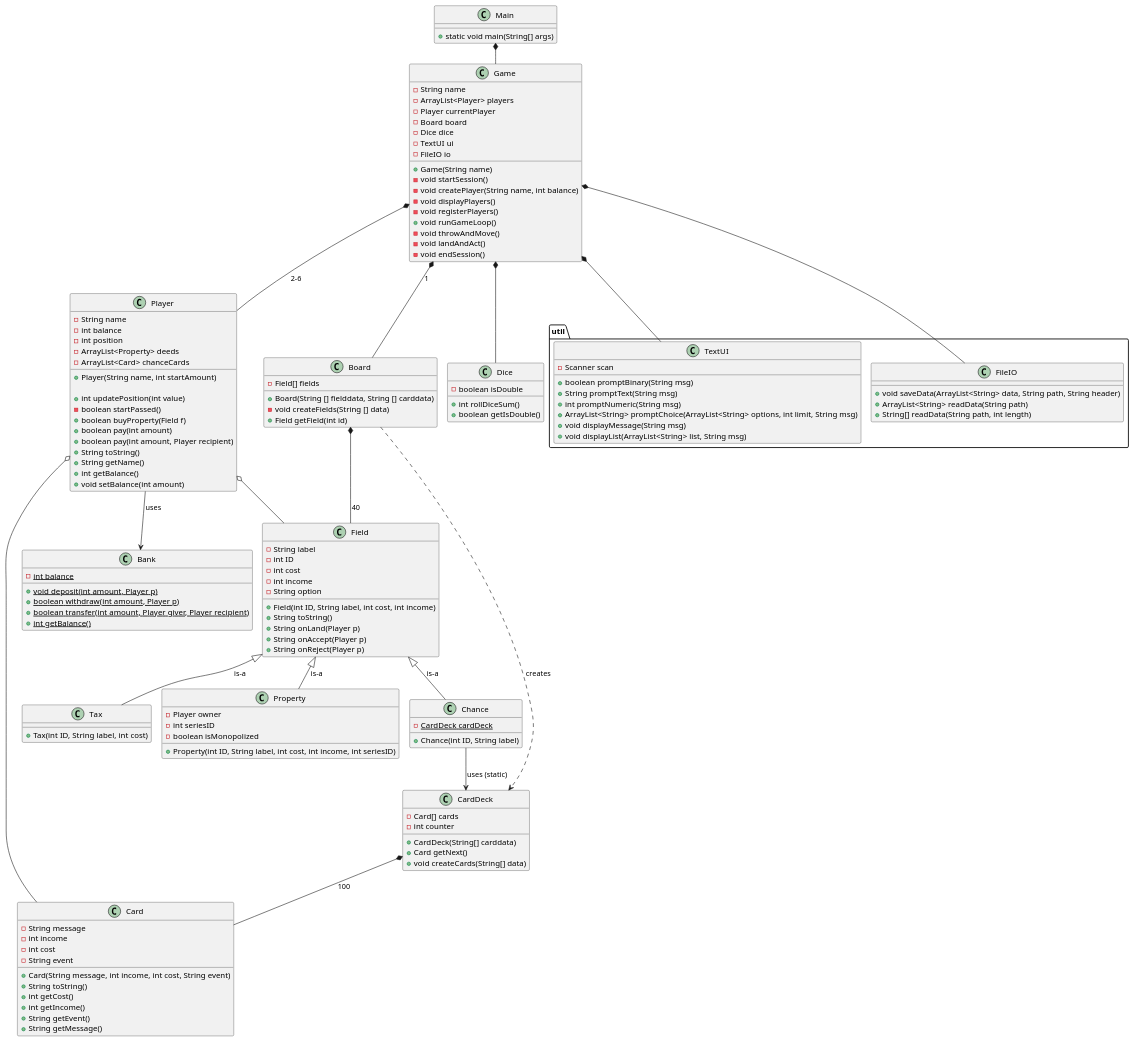
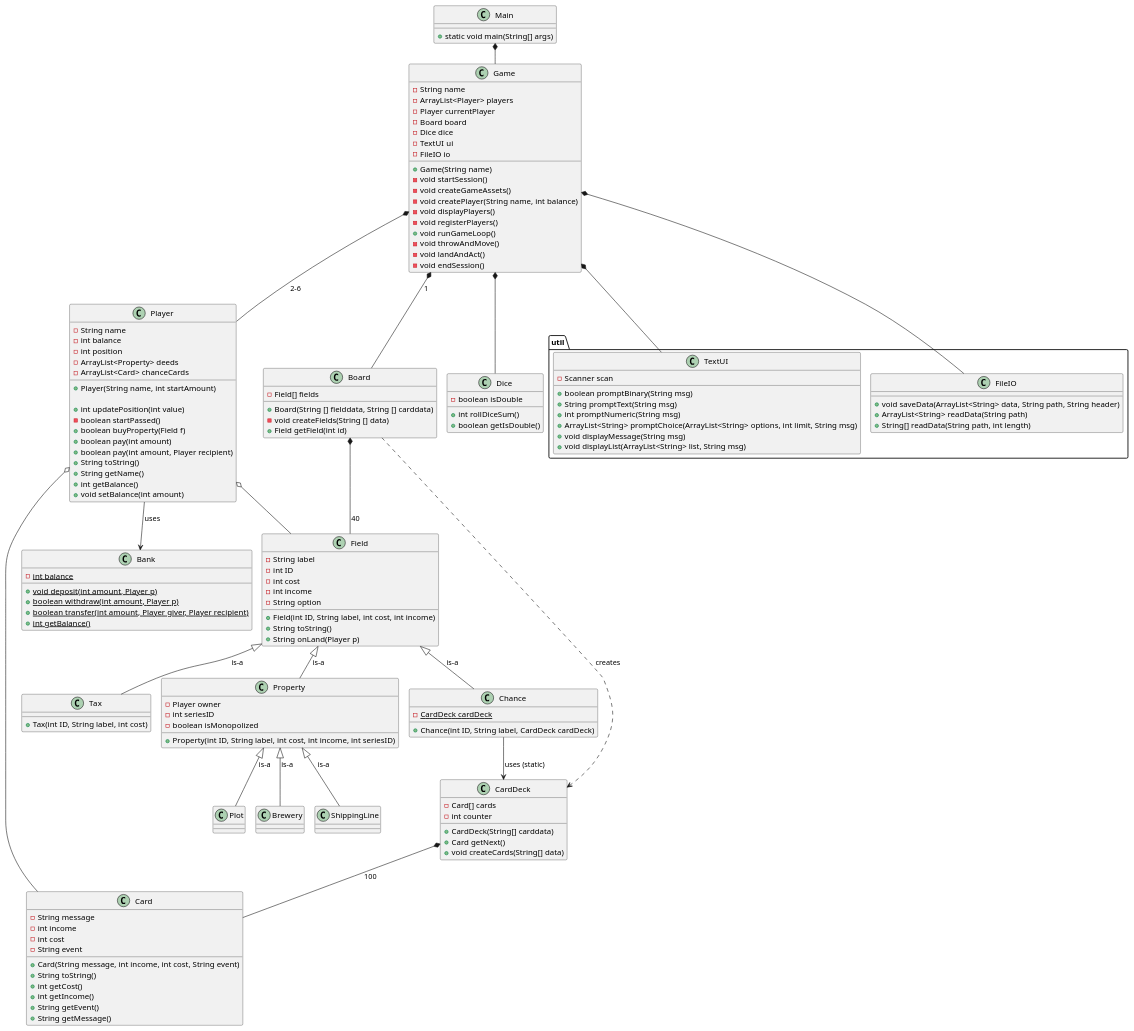
One commit to Dat1Cphbusiness/MonopolyF26 changed the diagram in doc/static/classdiagram_v1.puml. Above: the diagram before and after it, drawn with PlantUML. The commit also changed 4 other files, not shown here.

```diff
--- a/doc/static/classdiagram_v1.puml
+++ b/doc/static/classdiagram_v1.puml
@@ -1,155 +1,159 @@
 @startuml
 !pragma layout smetana
 
 class Main{
 + static void main(String[] args)
 }
 
 
 
 
 class Game{
  - String name
  - ArrayList<Player> players
  - Player currentPlayer
  - Board board
  - Dice dice
  'utilities
   - TextUI ui
   - FileIO io
   'Contructor
  + Game(String name)
  'Methods
  - void startSession()
+ - void createGameAssets()
  - void createPlayer(String name, int balance)
  - void displayPlayers()
  - void registerPlayers()
  + void runGameLoop()
  - void throwAndMove()
  - void landAndAct()
  - void endSession()
 
 }
 
 class Player{
 - String name
 - int balance
 - int position
 - ArrayList<Property> deeds
 - ArrayList<Card> chanceCards
 
 + Player(String name, int startAmount)
 
 + int updatePosition(int value)
 - boolean startPassed()
 + boolean buyProperty(Field f)
 + boolean pay(int amount)
 + boolean pay(int amount, Player recipient)
 + String toString()
 + String getName()
 + int getBalance()
 + void setBalance(int amount)
 }
 
 class Bank{
 - {static} int balance
 + {static} void deposit(int amount, Player p)
 + {static} boolean withdraw(int amount, Player p)
 + {static} boolean transfer(int amount, Player giver, Player recipient)
 + {static} int getBalance()
 }
 
 class Field{
  - String label
  - int ID
  - int cost
  - int income
  - String option
  + Field(int ID, String label, int cost, int income)
  + String toString()
  + String onLand(Player p)
- + String onAccept(Player p)
- + String onReject(Player p)
+
 }
 class Board{
  - Field[] fields
  + Board(String [] fielddata, String [] carddata)
 'konstruktoren instansierer CardDeck med carddata som argument og tildeler til Chance.cardDeck
  - void createFields(String [] data)
  + Field getField(int id)
 
 }
 class Property{
  - Player owner
  - int seriesID
  - boolean isMonopolized
  + Property(int ID, String label, int cost, int income, int seriesID)
+
 }
 
 class Chance{
  - {static} CardDeck cardDeck
- + Chance(int ID, String label)
+ + Chance(int ID, String label, CardDeck cardDeck)
 }
 class Tax{
  + Tax(int ID, String label, int cost)
 }
 class CardDeck {
 - Card[] cards
 - int counter
 + CardDeck(String[] carddata)
 + Card getNext()
 + void createCards(String[] data)
 }
 class Card{
 -String message
 -int income
 -int cost
 -String event
 +Card(String message, int income, int cost, String event)
 +String toString()
 + int getCost()
 + int getIncome()
 + String getEvent()
 + String getMessage()
 }
 
 class Dice{
  - boolean isDouble
  +int rollDiceSum()
  +boolean getIsDouble()
  }
 package "util" {
 class TextUI {
 - Scanner scan
 + boolean promptBinary(String msg)
 + String promptText(String msg)
 + int promptNumeric(String msg)
 + ArrayList<String> promptChoice(ArrayList<String> options, int limit, String msg)
 + void displayMessage(String msg)
 + void displayList(ArrayList<String> list, String msg)
 }
 
 class FileIO{
 + void saveData(ArrayList<String> data, String path, String header)
 + ArrayList<String> readData(String path)
 + String[] readData(String path, int length)
 }
 }
 Field <|-- Property: is-a
+Property <|-- Plot: is-a
+Property <|-- Brewery: is-a
+Property <|-- ShippingLine: is-a
 Field <|-- Chance: is-a
 Field <|-- Tax: is-a
 Game *-- TextUI
 Main *-- Game
 Game *-- Player: 2-6
 Game *-- FileIO
 Player --> Bank:uses
 Game *-- Board:1
 Board *-- Field:40
 Board ..> CardDeck : creates
 Chance --> CardDeck : uses (static)
 CardDeck *-- Card:100
 Game *-- Dice
 Player o-- Card
 Player o-- Field
 
 @enduml
```
